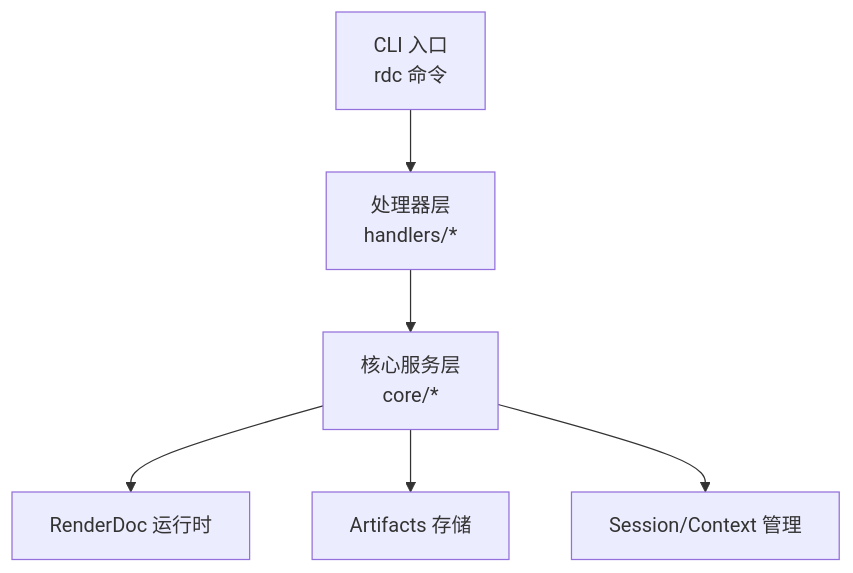
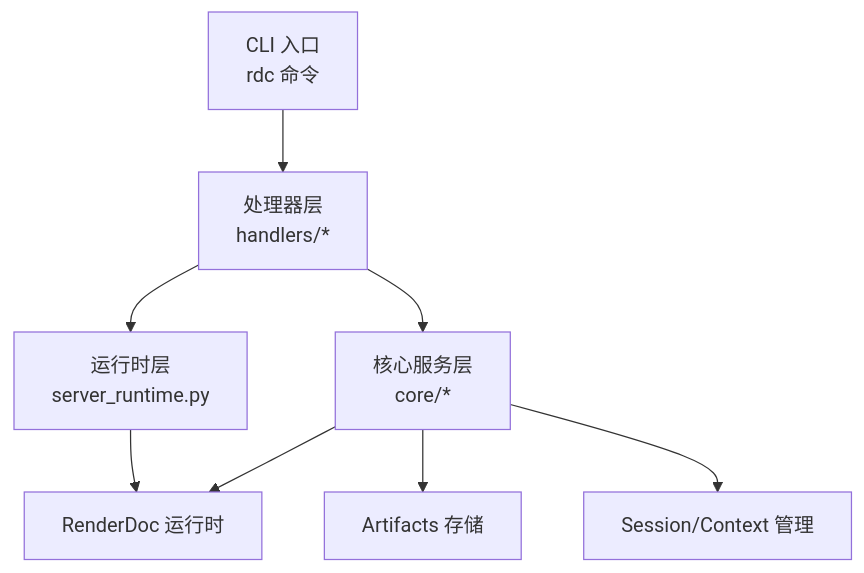
The first of 6 diagrams in .qoder/repowiki/zh/content/故障排除/调试工具使用.md (haolange/RDC-Tool), drawn with Mermaid before and after one commit. The commit also changed other lines of this file and 79 other files, not shown here.

````diff
--- a/.qoder/repowiki/zh/content/故障排除/调试工具使用.md
+++ b/.qoder/repowiki/zh/content/故障排除/调试工具使用.md
@@ -47,8 +57,10 @@
 ```mermaid
 graph TB
 CLI["CLI 入口<br/>rdc 命令"] --> Handlers["处理器层<br/>handlers/*"]
+Handlers --> Runtime["运行时层<br/>server_runtime.py"]
 Handlers --> Core["核心服务层<br/>core/*"]
-Core --> RD["RenderDoc 运行时"]
+Runtime --> RD["RenderDoc 运行时"]
+Core --> RD
 Core --> Artifacts["Artifacts 存储"]
 Core --> Session["Session/Context 管理"]
 ```
````
